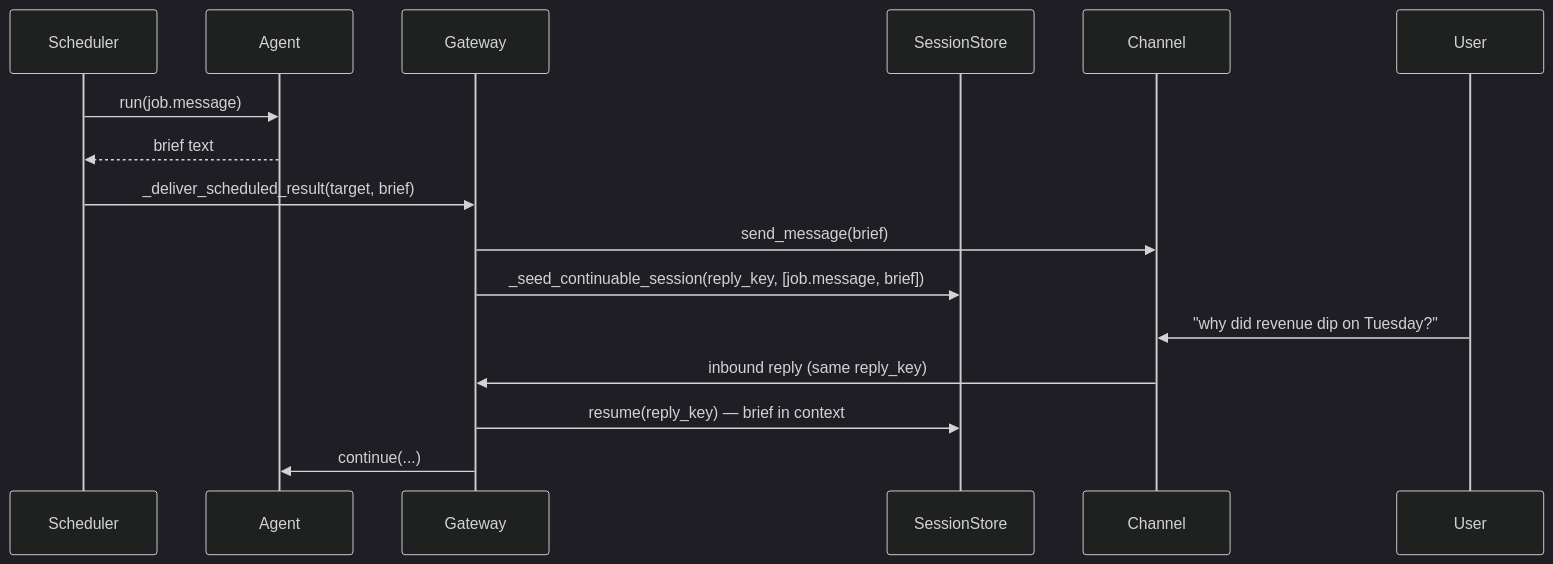
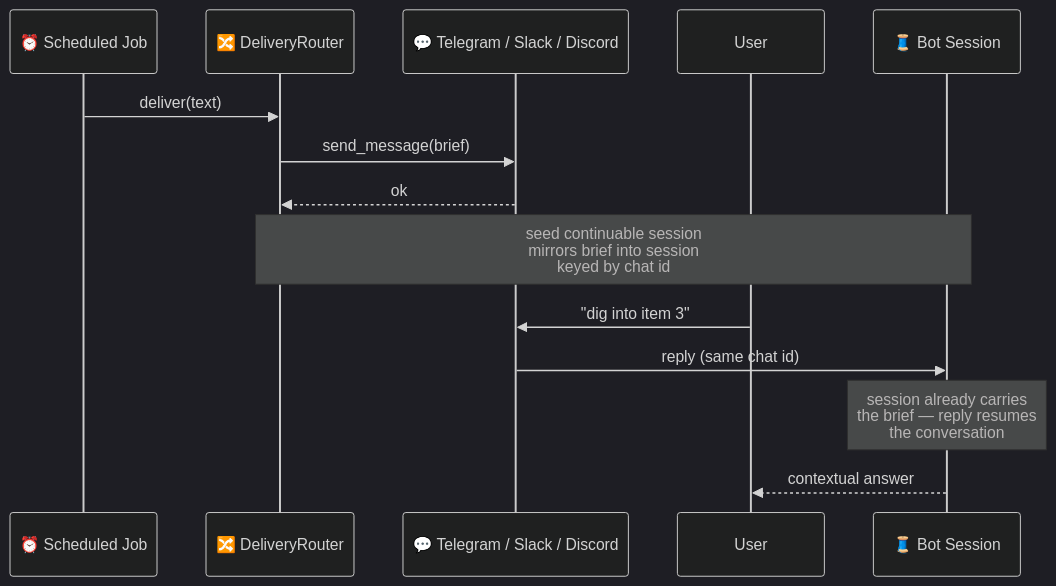
One commit to MervinPraison/PraisonAIDocs changed the fifth of 8 diagrams in docs/features/scheduler-delivery.mdx. Above: the diagram before and after it, drawn with Mermaid (dark theme). The commit also changed other lines of this file and 4 other files, not shown here.

First line of the commit message:
docs: document continuable-by-default scheduled-job delivery (fixes #2444)

````diff
--- a/docs/features/scheduler-delivery.mdx
+++ b/docs/features/scheduler-delivery.mdx
@@ -338,19 +316,17 @@
 ```mermaid
 sequenceDiagram
-    participant Scheduler
-    participant Agent
-    participant Gateway
-    participant Store as SessionStore
-    participant Channel
+    participant Cron as ⏰ Scheduled Job
+    participant Router as 🔀 DeliveryRouter
+    participant Chat as 💬 Telegram / Slack / Discord
     participant User
+    participant Session as 🧵 Bot Session
 
-    Scheduler->>Agent: run(job.message)
-    Agent-->>Scheduler: brief text
-    Scheduler->>Gateway: _deliver_scheduled_result(target, brief)
-    Gateway->>Channel: send_message(brief)
-    Gateway->>Store: _seed_continuable_session(reply_key, [job.message, brief])
-    User->>Channel: "why did revenue dip on Tuesday?"
-    Channel->>Gateway: inbound reply (same reply_key)
-    Gateway->>Store: resume(reply_key) — brief in context
-    Gateway->>Agent: continue(...)
+    Cron->>Router: deliver(text)
+    Router->>Chat: send_message(brief)
+    Chat-->>Router: ok
+    Note over Router,Session: seed continuable session<br/>mirrors brief into session<br/>keyed by chat id
+    User->>Chat: "dig into item 3"
+    Chat->>Session: reply (same chat id)
+    Note over Session: session already carries<br/>the brief — reply resumes<br/>the conversation
+    Session-->>User: contextual answer
 ```
````
